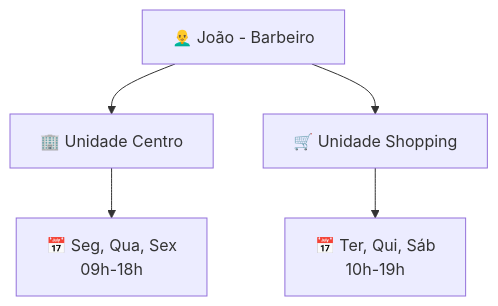
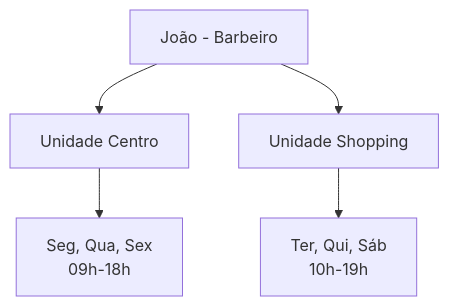
The third of 5 diagrams in contents/guides/profissionais.md (AgendoCerto/docs), drawn with Mermaid before and after one commit. The commit also changed other lines of this file and 6 other files, not shown here.

````diff
--- a/contents/guides/profissionais.md
+++ b/contents/guides/profissionais.md
@@ -193,8 +192,8 @@
 ```mermaid
 graph TD
-    A[👨‍🦲 João - Barbeiro]
-    A --> B[🏢 Unidade Centro]
-    A --> C[🛒 Unidade Shopping]
-    B --> B1[📅 Seg, Qua, Sex<br/>09h-18h]
-    C --> C1[📅 Ter, Qui, Sáb<br/>10h-19h]
+    A[João - Barbeiro]
+    A --> B[Unidade Centro]
+    A --> C[Unidade Shopping]
+    B --> B1[Seg, Qua, Sex<br/>09h-18h]
+    C --> C1[Ter, Qui, Sáb<br/>10h-19h]
 ```
````
